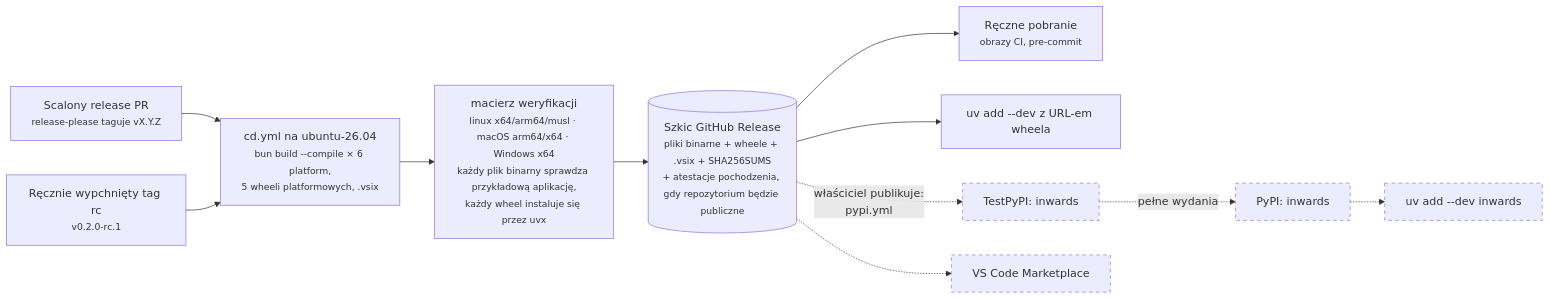
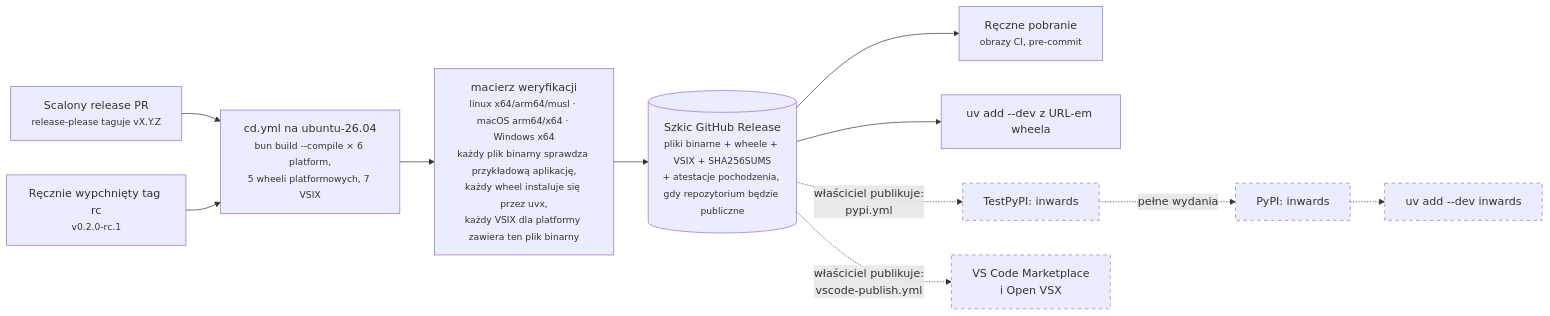
One commit to SirCypkowskyy/inwards changed the sixth of 6 diagrams in docs/pl/03-Architecture-C4.md. Above: the diagram before and after it, drawn with Mermaid. The commit also changed other lines of this file and 52 other files, not shown here.

First line of the commit message:
feat(vscode): start inwards server from the binary bundled per platform

````diff
--- a/docs/pl/03-Architecture-C4.md
+++ b/docs/pl/03-Architecture-C4.md
@@ -241,16 +237,16 @@
 ```mermaid
 flowchart LR
-    pr["Scalony release PR<br/><small>release-please taguje vX.Y.Z</small>"] --> cd["cd.yml na ubuntu-26.04<br/><small>bun build --compile × 6 platform,<br/>5 wheeli platformowych, .vsix</small>"]
+    pr["Scalony release PR<br/><small>release-please taguje vX.Y.Z</small>"] --> cd["cd.yml na ubuntu-26.04<br/><small>bun build --compile × 6 platform,<br/>5 wheeli platformowych, 7 VSIX</small>"]
     rc["Ręcznie wypchnięty tag rc<br/><small>v0.2.0-rc.1</small>"] --> cd
-    cd --> verify["macierz weryfikacji<br/><small>linux x64/arm64/musl · macOS arm64/x64 · Windows x64<br/>każdy plik binarny sprawdza przykładową aplikację,<br/>każdy wheel instaluje się przez uvx</small>"]
-    verify --> art[("Szkic GitHub Release<br/><small>pliki binarne + wheele + .vsix + SHA256SUMS<br/>+ atestacje pochodzenia, gdy repozytorium będzie publiczne</small>")]
+    cd --> verify["macierz weryfikacji<br/><small>linux x64/arm64/musl · macOS arm64/x64 · Windows x64<br/>każdy plik binarny sprawdza przykładową aplikację,<br/>każdy wheel instaluje się przez uvx,<br/>każdy VSIX dla platformy zawiera ten plik binarny</small>"]
+    verify --> art[("Szkic GitHub Release<br/><small>pliki binarne + wheele + VSIX + SHA256SUMS<br/>+ atestacje pochodzenia, gdy repozytorium będzie publiczne</small>")]
     art --> manual["Ręczne pobranie<br/><small>obrazy CI, pre-commit</small>"]
     art --> uvurl["uv add --dev z URL-em wheela"]
     art -.->|"właściciel publikuje:<br/>pypi.yml"| testpypi["TestPyPI: inwards"]
     testpypi -.->|pełne wydania| pypi["PyPI: inwards"]
     pypi -.-> dev["uv add --dev inwards"]
-    art -.-> market["VS Code Marketplace"]
+    art -.->|"właściciel publikuje:<br/>vscode-publish.yml"| market["VS Code Marketplace<br/>i Open VSX"]
 
     classDef planned stroke-dasharray:5 5
     class testpypi,pypi,dev,market planned
 ```
````
